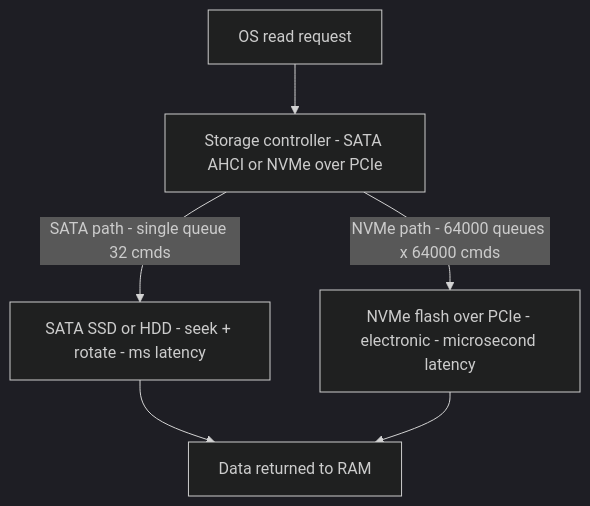
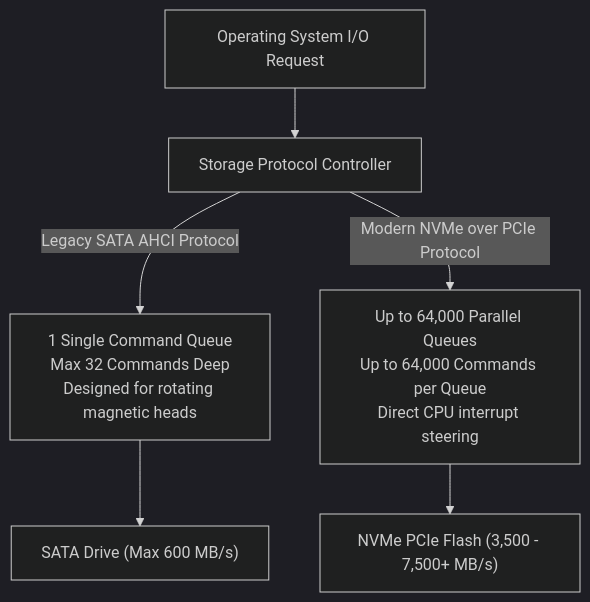
The diagram in content/docs/computer-basics/it-support/09-storage-devices-hdd-ssd-nvme.mdx (1345AbhishekKumar/cs-cookbook), drawn with Mermaid (dark theme) before and after one commit. The commit also changed other lines of this file and 299 other files, not shown here.

````diff
--- a/content/docs/computer-basics/it-support/09-storage-devices-hdd-ssd-nvme.mdx
+++ b/content/docs/computer-basics/it-support/09-storage-devices-hdd-ssd-nvme.mdx
@@ -80,8 +106,9 @@
 ```mermaid
 flowchart TD
-  REQ["OS read request"] --> CTL["Storage controller - SATA AHCI or NVMe over PCIe"]
-  CTL -->|SATA path - single queue 32 cmds| SAT["SATA SSD or HDD - seek + rotate - ms latency"]
-  CTL -->|NVMe path - 64000 queues x 64000 cmds| NV["NVMe flash over PCIe - electronic - microsecond latency"]
-  SAT --> DATA["Data returned to RAM"]
-  NV --> DATA
+  REQ["Operating System I/O Request"] --> PROTO["Storage Protocol Controller"]
+  PROTO -->|Legacy SATA AHCI Protocol| AHCI["1 Single Command Queue<br/>Max 32 Commands Deep<br/>Designed for rotating magnetic heads"]
+  AHCI --> SATADRIVE["SATA Drive (Max 600 MB/s)"]
+
+  PROTO -->|Modern NVMe over PCIe Protocol| NVME["Up to 64,000 Parallel Queues<br/>Up to 64,000 Commands per Queue<br/>Direct CPU interrupt steering"]
+  NVME --> NVMEDRIVE["NVMe PCIe Flash (3,500 - 7,500+ MB/s)"]
 ```
````
